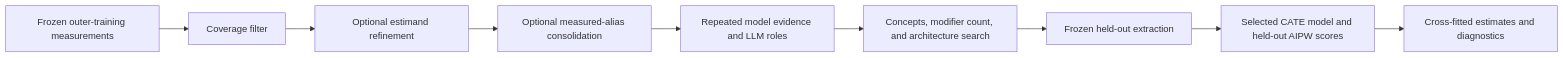
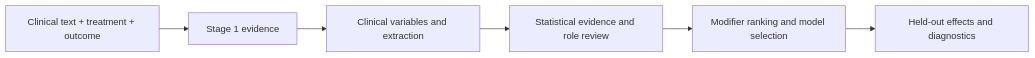
The diagram in README.md (kenlkehl/onc-causal-inference), drawn with Mermaid before and after one commit. The commit also changed other lines of this file and 20 other files, not shown here.

````diff
--- a/README.md
+++ b/README.md
@@ -1848,11 +29,8 @@
 ```mermaid
 flowchart LR
-    A["Frozen outer-training measurements"] --> B["Coverage filter"]
-    B --> C["Optional estimand refinement"]
-    C --> D["Optional measured-alias consolidation"]
-    D --> E["Repeated model evidence and LLM roles"]
-    E --> F["Concepts, modifier count, and architecture search"]
-    F --> G["Frozen held-out extraction"]
-    G --> H["Selected CATE model and held-out AIPW scores"]
-    H --> I["Cross-fitted estimates and diagnostics"]
+    A["Clinical text + treatment + outcome"] --> B["Stage 1 evidence"]
+    B --> C["Clinical variables and extraction"]
+    C --> D["Statistical evidence and role review"]
+    D --> E["Modifier ranking and model selection"]
+    E --> F["Held-out effects and diagnostics"]
 ```
````
